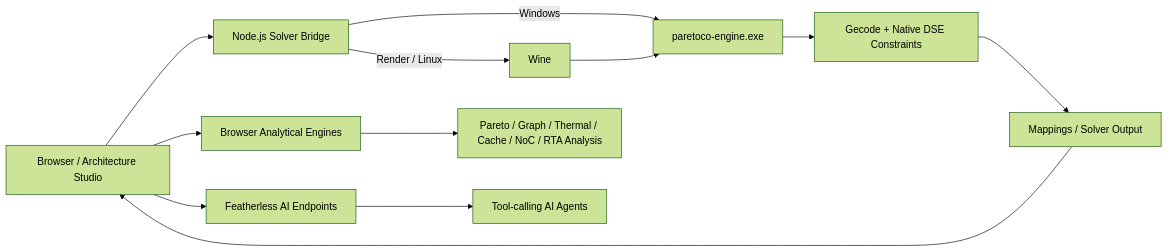
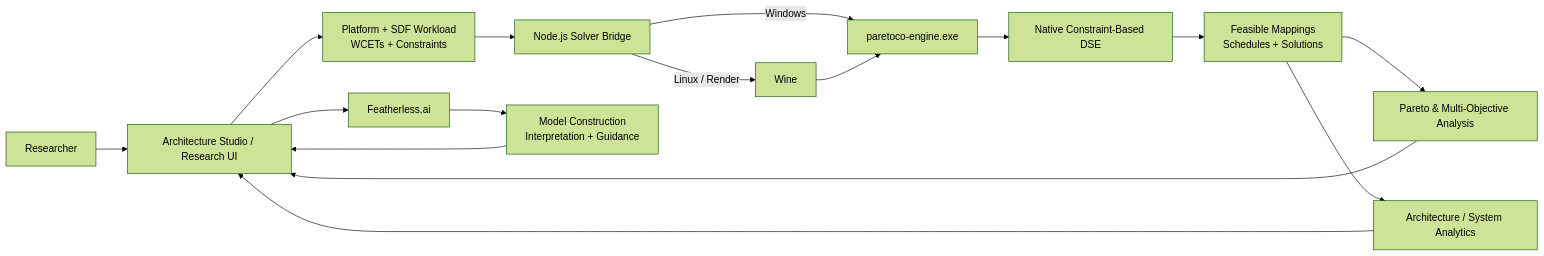
One commit to MuhammadTahaBinZaeem/ParetCo changed the diagram in README.md. Above: the diagram before and after it, drawn with Mermaid (forest theme). The commit also changed other lines of this file, not shown here.

````diff
--- a/README.md
+++ b/README.md
@@ -27,16 +43,25 @@
 ```mermaid
 flowchart LR
-    U[Browser / Architecture Studio] --> N[Node.js Solver Bridge]
+    R[Researcher] --> UI[Architecture Studio / Research UI]
+
+    UI --> M[Platform + SDF Workload<br/>WCETs + Constraints]
+
+    M --> N[Node.js Solver Bridge]
+
     N -->|Windows| E[paretoco-engine.exe]
-    N -->|Render / Linux| W[Wine]
+    N -->|Linux / Render| W[Wine]
     W --> E
-    E --> G[Gecode + Native DSE Constraints]
-    G --> R[Mappings / Solver Output]
-    R --> U
 
-    U --> A[Browser Analytical Engines]
-    A --> P[Pareto / Graph / Thermal / Cache / NoC / RTA Analysis]
+    E --> G[Native Constraint-Based DSE]
+    G --> S[Feasible Mappings<br/>Schedules + Solutions]
 
-    U --> F[Featherless AI Endpoints]
-    F --> L[Tool-calling AI Agents]
+    S --> P[Pareto & Multi-Objective Analysis]
+    S --> A[Architecture / System Analytics]
+
+    P --> UI
+    A --> UI
+
+    UI --> F[Featherless.ai]
+    F --> L[Model Construction<br/>Interpretation + Guidance]
+    L --> UI
 ```
````
